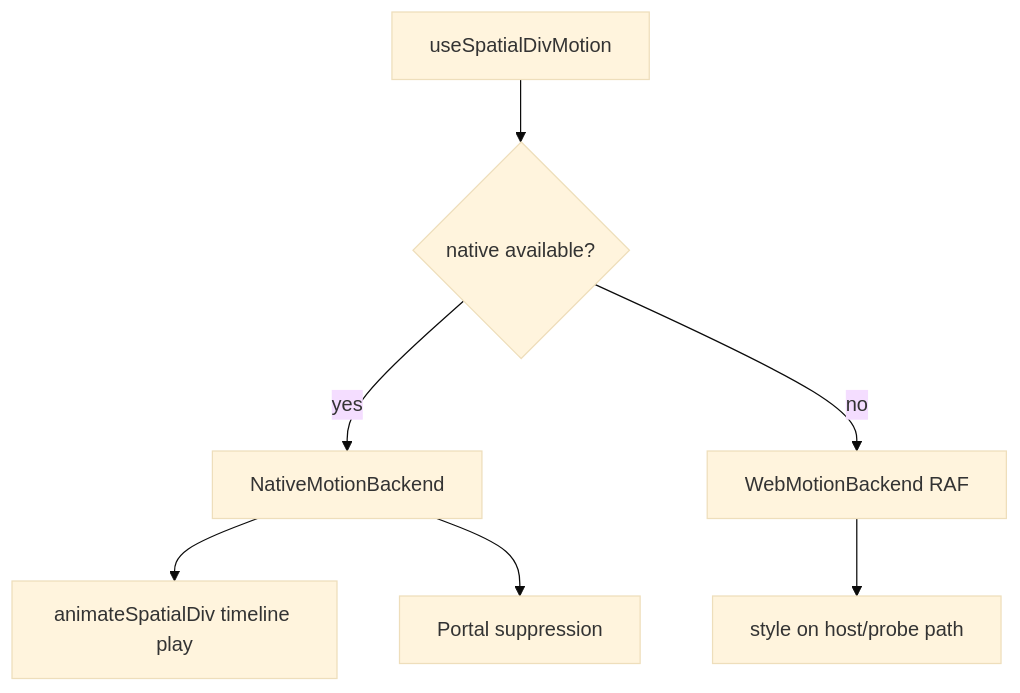
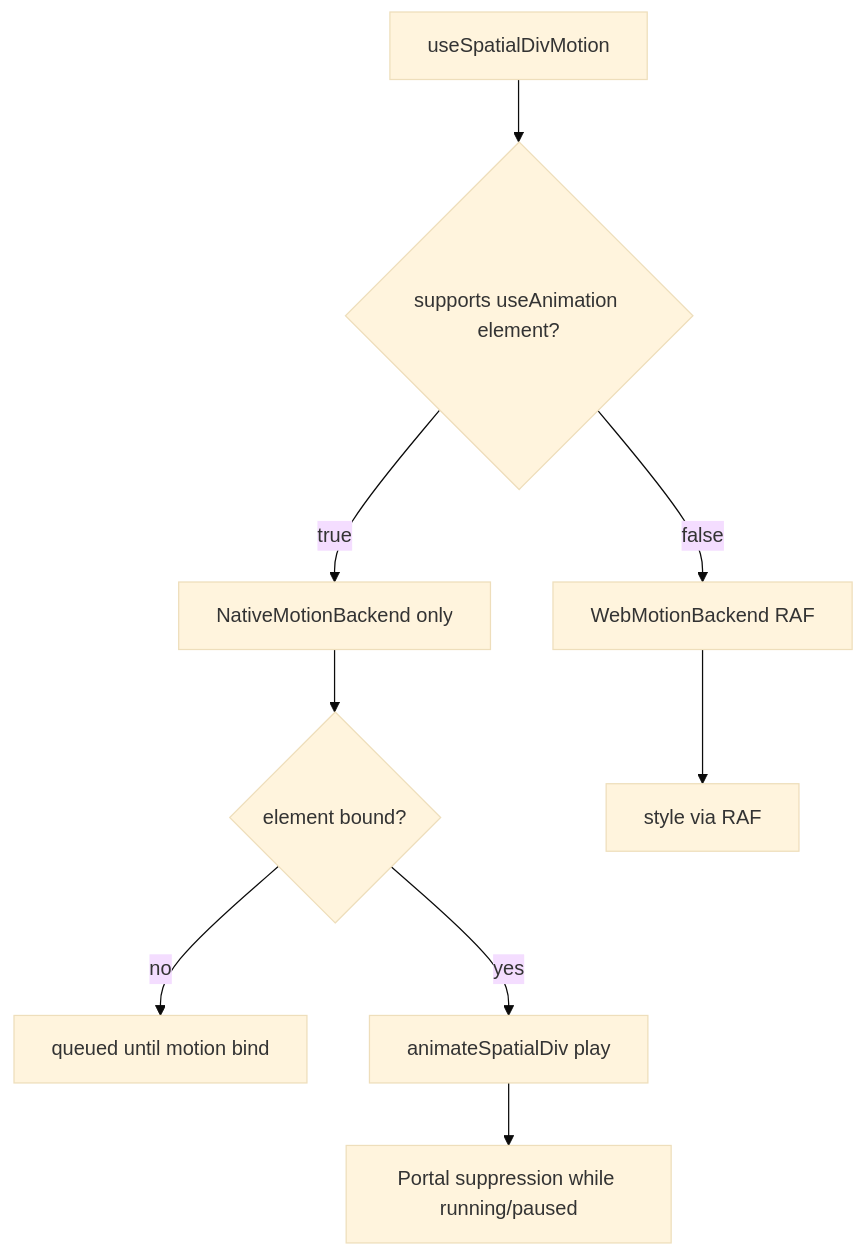
The diagram in openspec/changes/spatial-div-motion-api/design.md (webspatial/webspatial-sdk), drawn with Mermaid (base theme) before and after one commit. The commit also changed other lines of this file and 5 other files, not shown here.

First line of the commit message:
Document WebSpatial native-only playback for spatial-div-motion.

````diff
--- a/openspec/changes/spatial-div-motion-api/design.md
+++ b/openspec/changes/spatial-div-motion-api/design.md
@@ -71,10 +71,12 @@
 ```mermaid
 flowchart TD
   Hook[useSpatialDivMotion]
-  Hook --> Pick{native available?}
-  Pick -->|yes| Native[NativeMotionBackend]
-  Pick -->|no| Web[WebMotionBackend RAF]
-  Native --> Bridge[animateSpatialDiv timeline play]
-  Native --> Suppress[Portal suppression]
-  Web --> DOM[style on host/probe path]
+  Hook --> Pick{supports useAnimation element?}
+  Pick -->|false| Web[WebMotionBackend RAF]
+  Pick -->|true| Native[NativeMotionBackend only]
+  Native --> Bind{element bound?}
+  Bind -->|no| Queued[queued until motion bind]
+  Bind -->|yes| Bridge[animateSpatialDiv play]
+  Bridge --> Suppress[Portal suppression while running/paused]
+  Web --> DOM[style via RAF]
 ```
````
